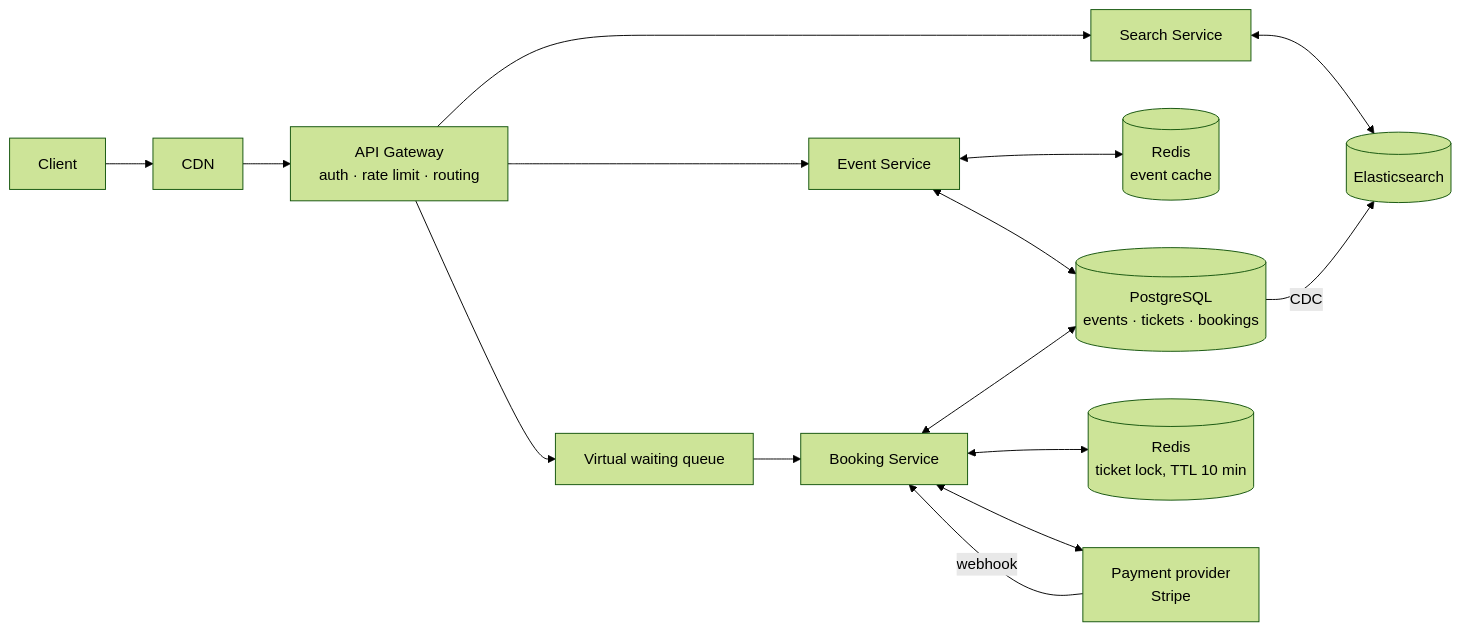
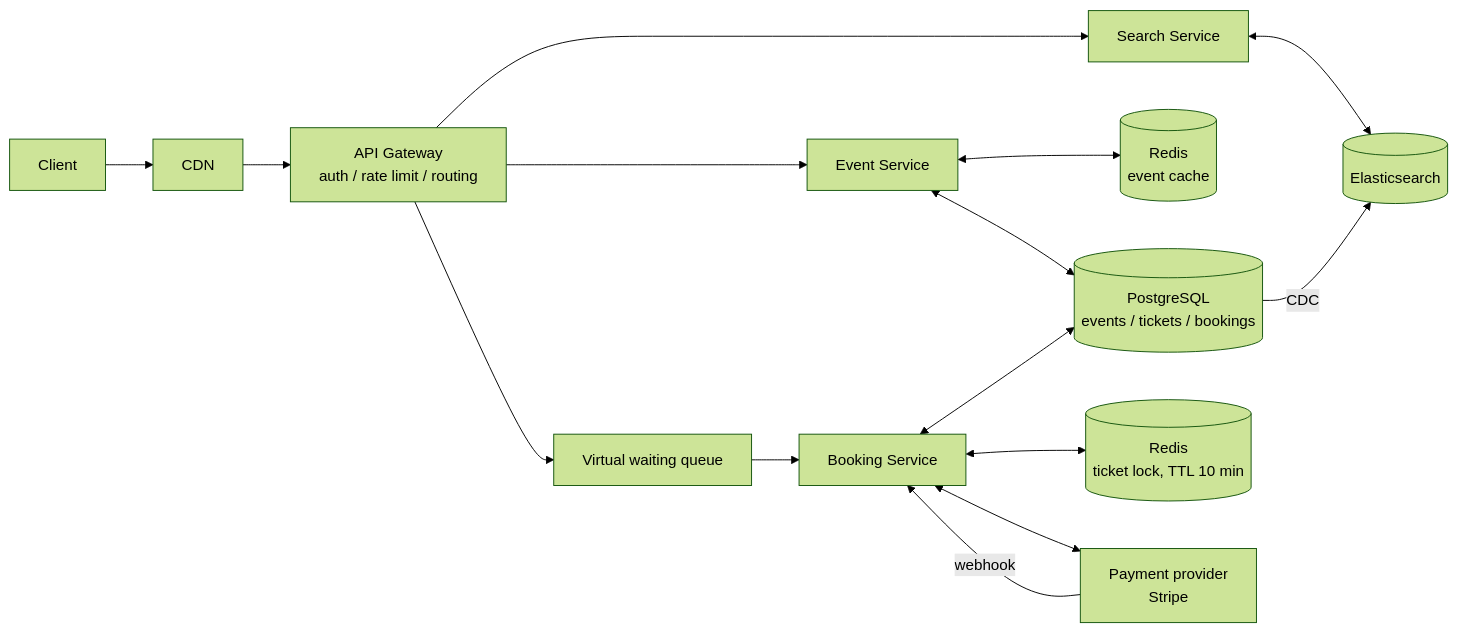
The diagram in docs/design/04-high-level-design.md (dw2kim/ticketmaster-lab), drawn with Mermaid (forest theme) before and after one commit. The commit also changed other lines of this file and 12 other files, not shown here.

````diff
--- a/docs/design/04-high-level-design.md
+++ b/docs/design/04-high-level-design.md
@@ -33,17 +33,17 @@
 ```mermaid
 flowchart LR
   C[Client] --> CDN
-  CDN --> GW[API Gateway<br/>auth · rate limit · routing]
+  CDN --> GW[API Gateway<br/>auth / rate limit / routing]
   GW --> ES[Event Service]
   GW --> SS[Search Service]
   GW --> Q[Virtual waiting queue]
   Q --> BS[Booking Service]
   ES <--> RC[(Redis<br/>event cache)]
-  ES <--> PG[(PostgreSQL<br/>events · tickets · bookings)]
+  ES <--> PG[(PostgreSQL<br/>events / tickets / bookings)]
   SS <--> EL[(Elasticsearch)]
   PG -- CDC --> EL
   BS <--> PG
   BS <--> RL[(Redis<br/>ticket lock, TTL 10 min)]
   BS <--> PAY[Payment provider<br/>Stripe]
   PAY -- webhook --> BS
 ```
````
